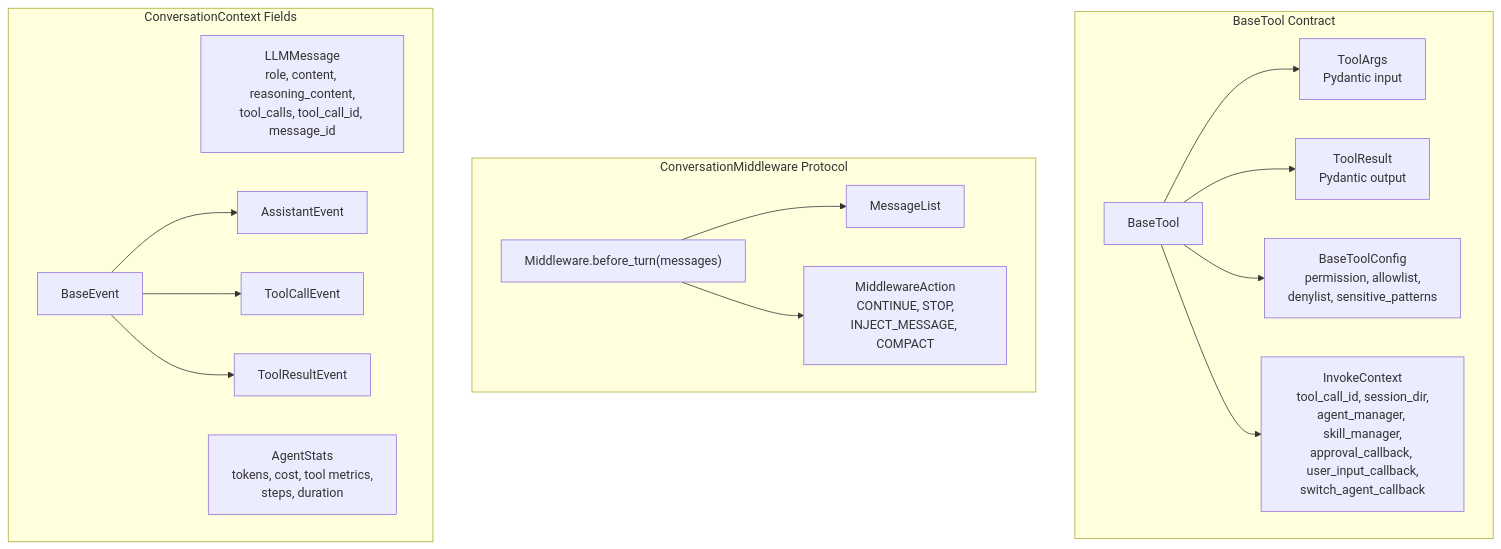
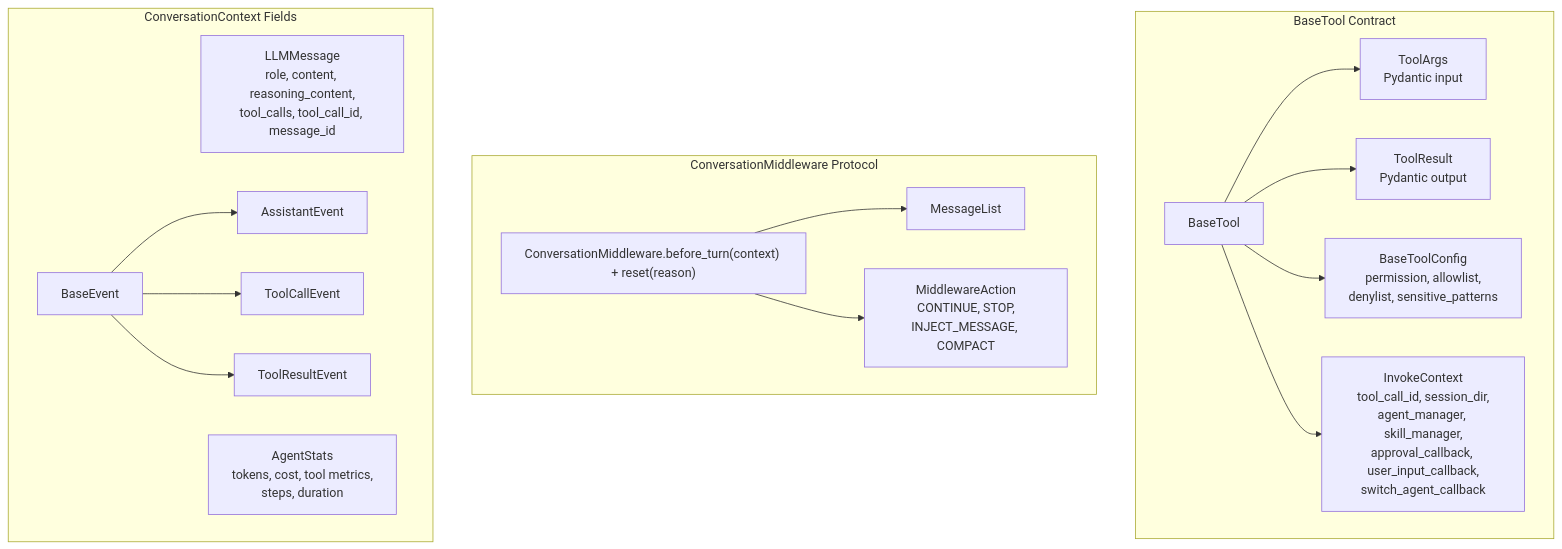
The diagram in references/diagrams/key-interfaces-contracts.md (B-A-M-N/vibeflow), drawn with Mermaid before and after one commit. The commit also changed 22 other files, not shown here.

````diff
--- a/references/diagrams/key-interfaces-contracts.md
+++ b/references/diagrams/key-interfaces-contracts.md
@@ -7,31 +7,31 @@
 ```mermaid
 flowchart TB
   subgraph Tool["BaseTool Contract"]
     BaseTool["BaseTool"]
     ToolArgs["ToolArgs\nPydantic input"]
     ToolResult["ToolResult\nPydantic output"]
     ToolConfig["BaseToolConfig\npermission, allowlist,\ndenylist, sensitive_patterns"]
     InvokeContext["InvokeContext\ntool_call_id, session_dir,\nagent_manager, skill_manager,\napproval_callback, user_input_callback,\nswitch_agent_callback"]
     BaseTool --> ToolArgs
     BaseTool --> ToolResult
     BaseTool --> ToolConfig
     BaseTool --> InvokeContext
   end
 
   subgraph Middleware["ConversationMiddleware Protocol"]
-    MiddlewareBase["Middleware.before_turn(messages)"]
+    MiddlewareBase["ConversationMiddleware.before_turn(context) + reset(reason)"]
     MiddlewareAction["MiddlewareAction\nCONTINUE, STOP,\nINJECT_MESSAGE, COMPACT"]
     MessageList["MessageList"]
     MiddlewareBase --> MessageList
     MiddlewareBase --> MiddlewareAction
   end
 
   subgraph Context["ConversationContext Fields"]
     LLMMessage["LLMMessage\nrole, content, reasoning_content,\ntool_calls, tool_call_id, message_id"]
     BaseEvent["BaseEvent"]
     AgentStats["AgentStats\ntokens, cost, tool metrics,\nsteps, duration"]
     BaseEvent --> AssistantEvent["AssistantEvent"]
     BaseEvent --> ToolCallEvent["ToolCallEvent"]
     BaseEvent --> ToolResultEvent["ToolResultEvent"]
   end
 ```
````
